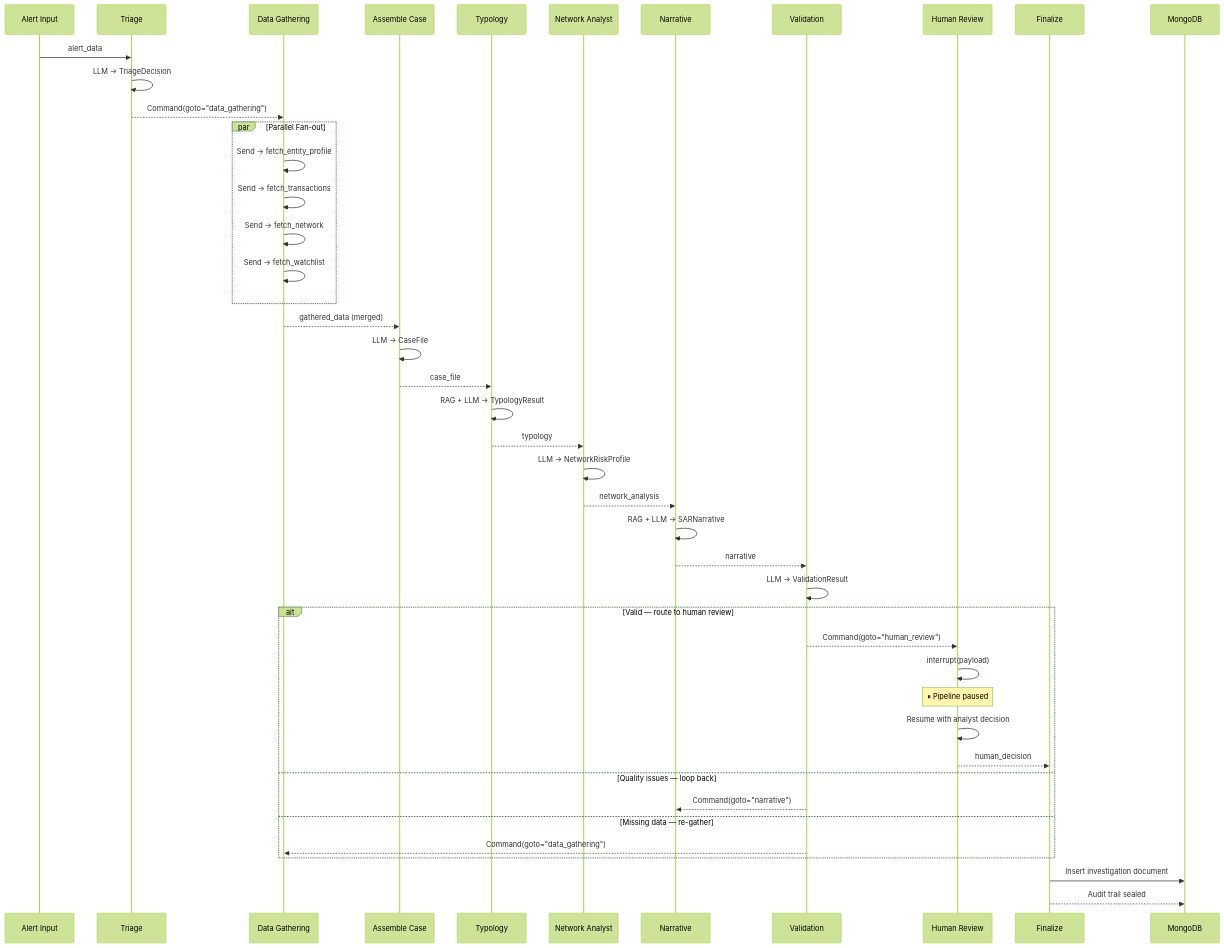
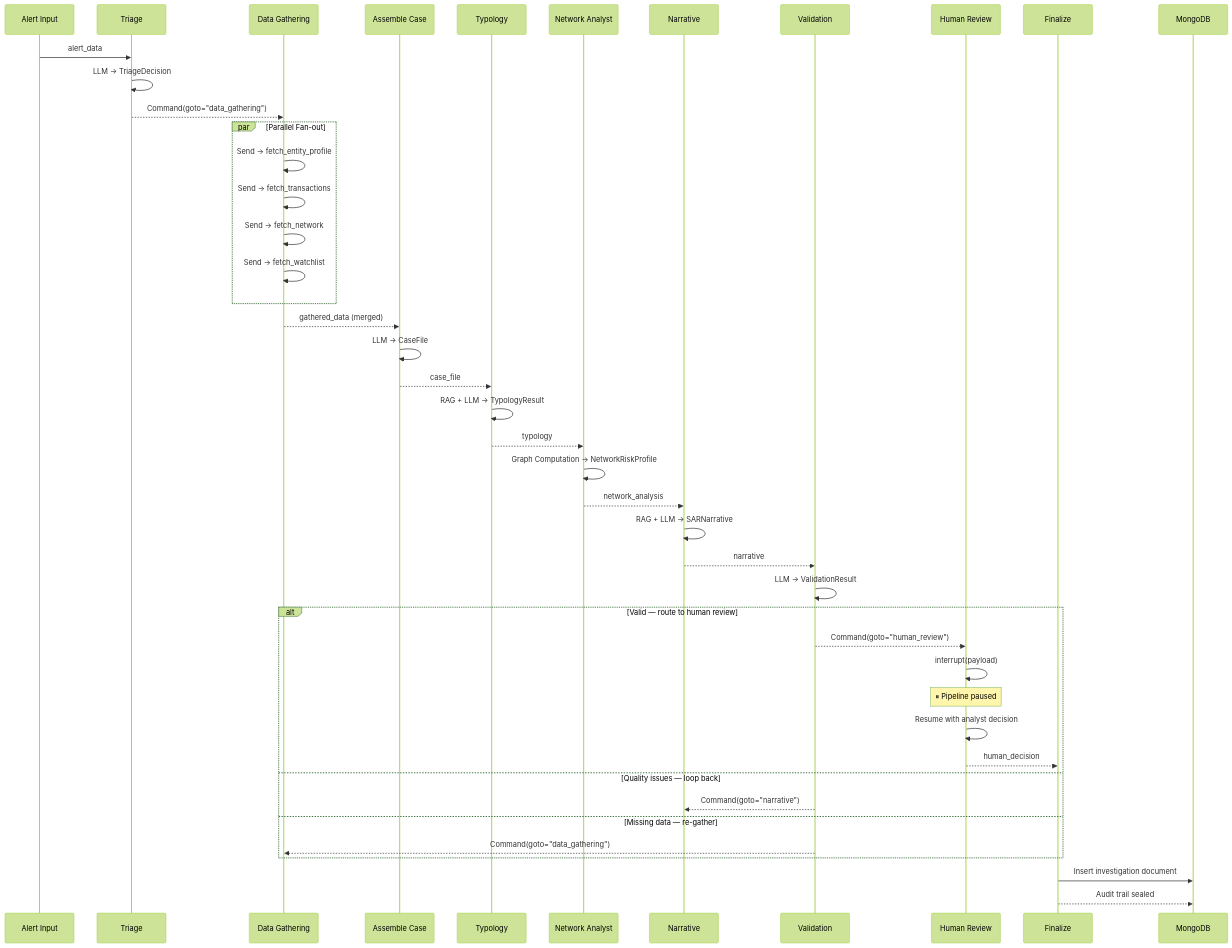
One commit to mongodb-industry-solutions/fsi-aml-fraud-detection changed the fourth of 18 diagrams in docs/AGENTIC_INVESTIGATION_PIPELINE.md. Above: the diagram before and after it, drawn with Mermaid (forest theme). The commit also changed other lines of this file, not shown here.

````diff
--- a/docs/AGENTIC_INVESTIGATION_PIPELINE.md
+++ b/docs/AGENTIC_INVESTIGATION_PIPELINE.md
@@ -217,55 +217,55 @@
 ```mermaid
 sequenceDiagram
     participant Alert as Alert Input
     participant T as Triage
     participant DG as Data Gathering
     participant AC as Assemble Case
     participant TY as Typology
     participant NA as Network Analyst
     participant NR as Narrative
     participant V as Validation
     participant HR as Human Review
     participant F as Finalize
     participant DB as MongoDB
 
     Alert->>T: alert_data
     T->>T: LLM → TriageDecision
     T-->>DG: Command(goto="data_gathering")
 
     par Parallel Fan-out
         DG->>DG: Send → fetch_entity_profile
         DG->>DG: Send → fetch_transactions
         DG->>DG: Send → fetch_network
         DG->>DG: Send → fetch_watchlist
     end
 
     DG-->>AC: gathered_data (merged)
     AC->>AC: LLM → CaseFile
     AC-->>TY: case_file
 
     TY->>TY: RAG + LLM → TypologyResult
     TY-->>NA: typology
 
-    NA->>NA: LLM → NetworkRiskProfile
+    NA->>NA: Graph Computation → NetworkRiskProfile
     NA-->>NR: network_analysis
 
     NR->>NR: RAG + LLM → SARNarrative
     NR-->>V: narrative
 
     V->>V: LLM → ValidationResult
 
     alt Valid — route to human review
         V-->>HR: Command(goto="human_review")
         HR->>HR: interrupt(payload)
         Note over HR: ⏸ Pipeline paused
         HR->>HR: Resume with analyst decision
         HR-->>F: human_decision
     else Quality issues — loop back
         V-->>NR: Command(goto="narrative")
     else Missing data — re-gather
         V-->>DG: Command(goto="data_gathering")
     end
 
     F->>DB: Insert investigation document
     F-->>DB: Audit trail sealed
 ```
````
